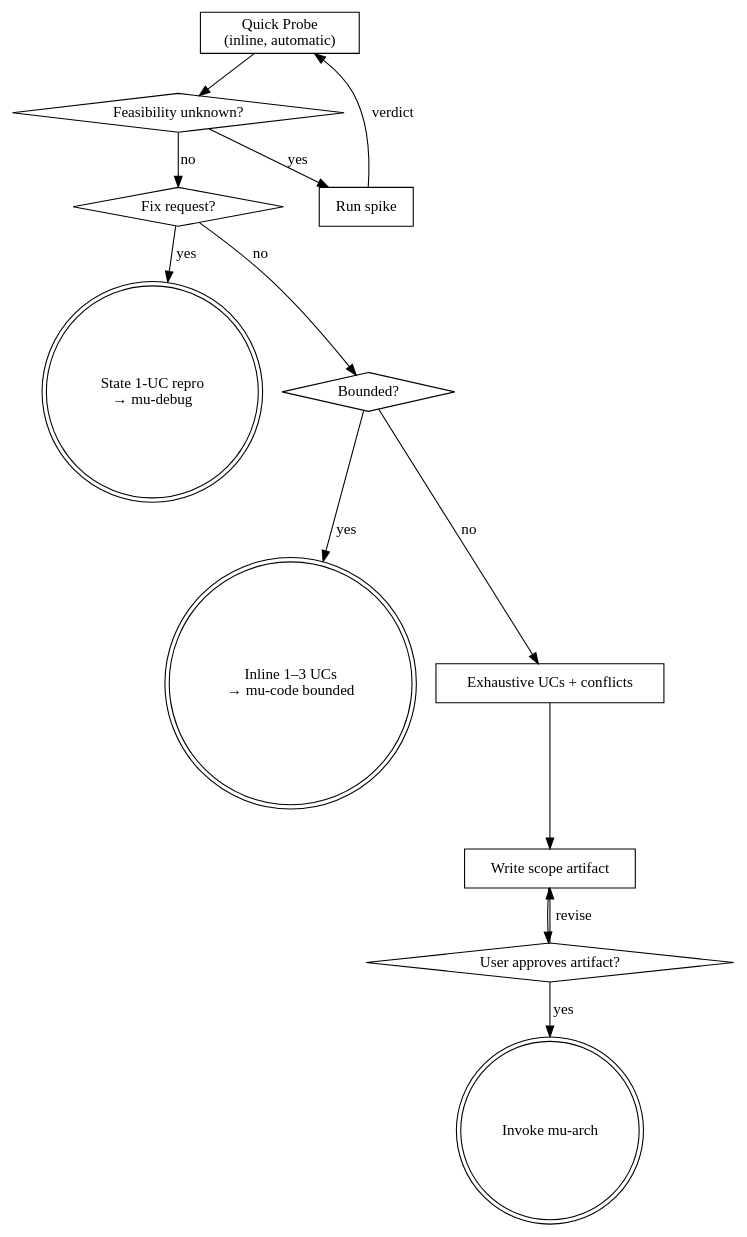
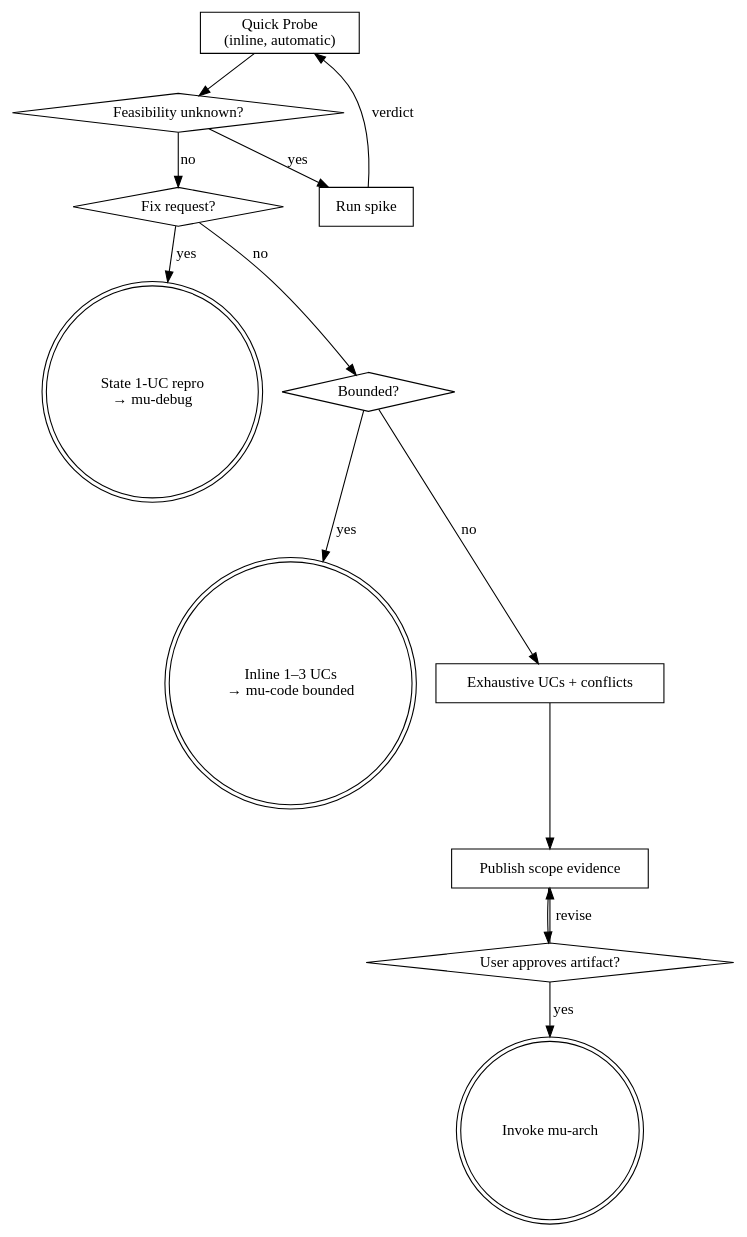
The diagram in plugin/skills/mu-scope/SKILL.md (knotmark-ai/devmuse), drawn with Graphviz before and after one commit. The commit also changed other lines of this file and 14 other files, not shown here.

````diff
--- a/plugin/skills/mu-scope/SKILL.md
+++ b/plugin/skills/mu-scope/SKILL.md
@@ -37,28 +51,28 @@
 ```dot
 digraph mu_scope {
     "Quick Probe\n(inline, automatic)" [shape=box];
     "Feasibility unknown?" [shape=diamond];
     "Run spike" [shape=box];
     "Fix request?" [shape=diamond];
     "State 1-UC repro\n→ mu-debug" [shape=doublecircle];
     "Bounded?" [shape=diamond];
     "Inline 1–3 UCs\n→ mu-code bounded" [shape=doublecircle];
     "Exhaustive UCs + conflicts" [shape=box];
-    "Write scope artifact" [shape=box];
+    "Publish scope evidence" [shape=box];
     "User approves artifact?" [shape=diamond];
     "Invoke mu-arch" [shape=doublecircle];
 
     "Quick Probe\n(inline, automatic)" -> "Feasibility unknown?";
     "Feasibility unknown?" -> "Run spike" [label="yes"];
     "Run spike" -> "Quick Probe\n(inline, automatic)" [label="verdict"];
     "Feasibility unknown?" -> "Fix request?" [label="no"];
     "Fix request?" -> "State 1-UC repro\n→ mu-debug" [label="yes"];
     "Fix request?" -> "Bounded?" [label="no"];
     "Bounded?" -> "Inline 1–3 UCs\n→ mu-code bounded" [label="yes"];
     "Bounded?" -> "Exhaustive UCs + conflicts" [label="no"];
-    "Exhaustive UCs + conflicts" -> "Write scope artifact";
-    "Write scope artifact" -> "User approves artifact?";
-    "User approves artifact?" -> "Write scope artifact" [label="revise"];
+    "Exhaustive UCs + conflicts" -> "Publish scope evidence";
+    "Publish scope evidence" -> "User approves artifact?";
+    "User approves artifact?" -> "Publish scope evidence" [label="revise"];
     "User approves artifact?" -> "Invoke mu-arch" [label="yes"];
 }
 ```
````
